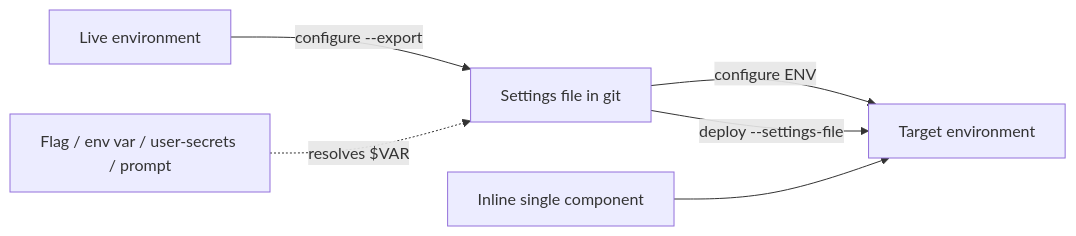
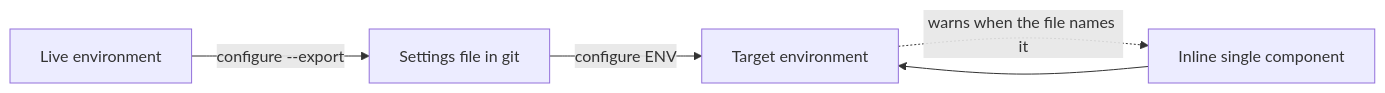
Before and after one commit to RemyDuijkeren/Flowline: the diagram in docs/plans/2026-09-05-1332-feat-environment-configure-command-plan.md, drawn with Mermaid. The commit also changed other lines of this file and 4 other files, not shown here.

````diff
--- a/docs/plans/2026-09-05-1332-feat-environment-configure-command-plan.md
+++ b/docs/plans/2026-09-05-1332-feat-environment-configure-command-plan.md
@@ -110,8 +104,7 @@
 ```mermaid
 flowchart LR
   ENV[Live environment] -->|configure --export| FILE[Settings file in git]
   FILE -->|configure ENV| A[Target environment]
-  FILE -->|deploy --settings-file| A
   INLINE[Inline single component] --> A
-  SEC[Flag / env var / user-secrets / prompt] -.->|resolves $VAR| FILE
+  A -.->|warns when the file names it| INLINE
 ```
````
